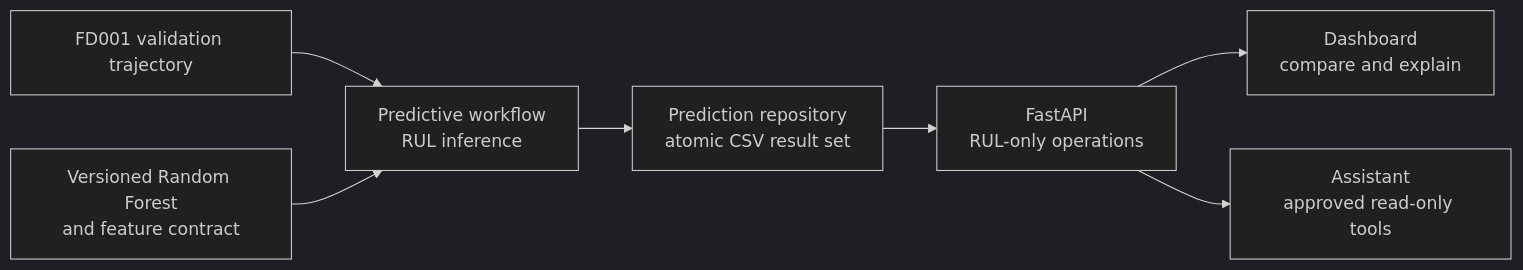
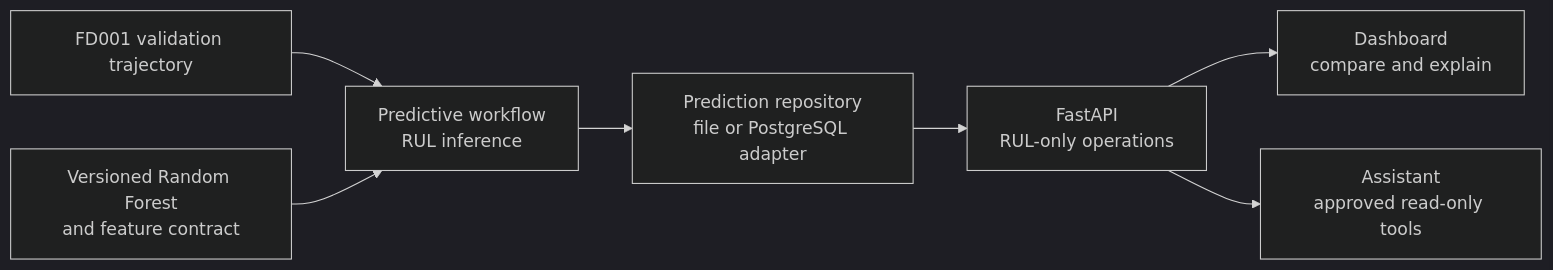
The fourth of 4 diagrams in docs/architecture/architecture.md (swevazquez/SentinelOpsProject), drawn with Mermaid (dark theme) before and after one commit. The commit also changed other lines of this file and 18 other files, not shown here.

Commit message:
feat(SCRUM-36): add PostgreSQL operational persistence

````diff
--- a/docs/architecture/architecture.md
+++ b/docs/architecture/architecture.md
@@ -213,17 +213,17 @@
 ```mermaid
 flowchart LR
     DATA["FD001 validation trajectory"]
     MODEL["Versioned Random Forest<br/>and feature contract"]
     WORKFLOW["Predictive workflow<br/>RUL inference"]
-    STORE["Prediction repository<br/>atomic CSV result set"]
+    STORE["Prediction repository<br/>file or PostgreSQL adapter"]
     API["FastAPI<br/>RUL-only operations"]
     DASH["Dashboard<br/>compare and explain"]
     TOOLS["Assistant<br/>approved read-only tools"]
 
     DATA --> WORKFLOW
     MODEL --> WORKFLOW
     WORKFLOW --> STORE
     STORE --> API
     API --> DASH
     API --> TOOLS
 ```
````
